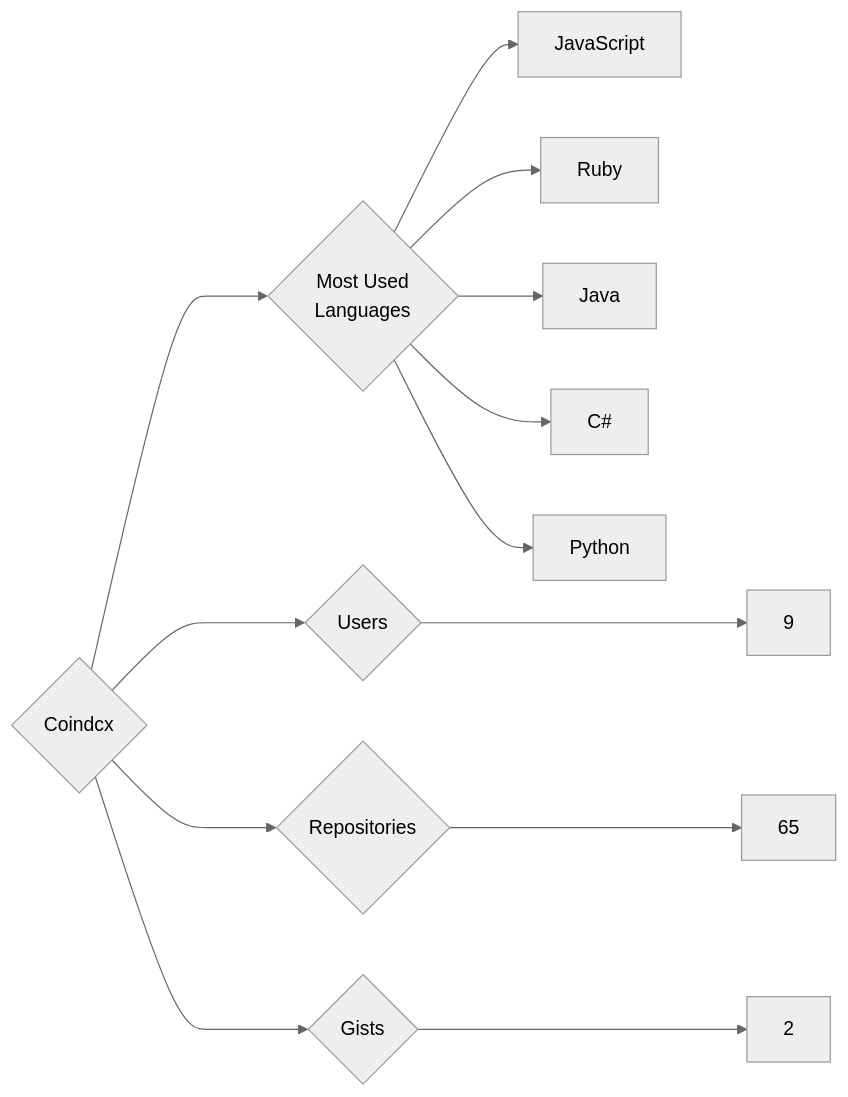
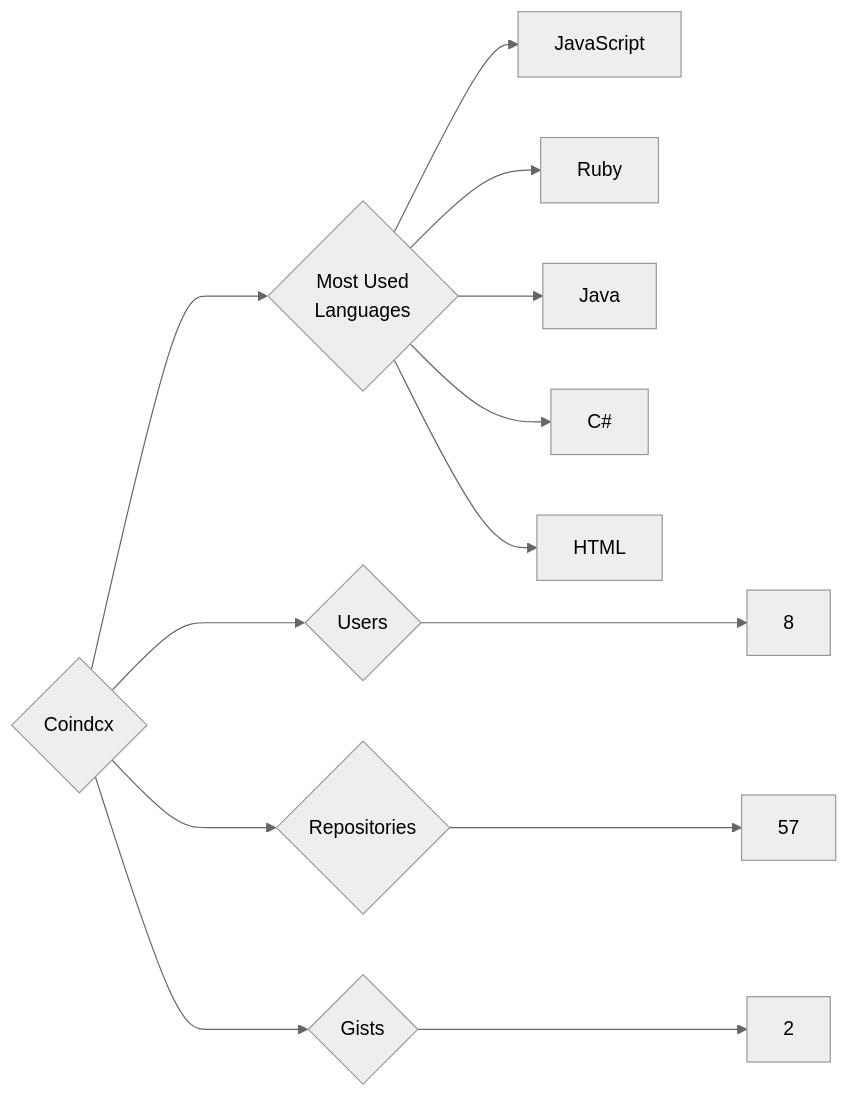
The diagram in targets/Coindcx/README.md (trickest/insiders), drawn with Mermaid (neutral theme) before and after one commit. The commit also changed 1020 other files, not shown here.

````diff
--- a/targets/Coindcx/README.md
+++ b/targets/Coindcx/README.md
@@ -3,13 +3,13 @@
 ```mermaid
 graph LR
 COMPANY_NAME{Coindcx}
-COMPANY_NAME ---> U{Users} ---> UN[9]
-COMPANY_NAME ---> R{Repositories} ---> RN[65]
+COMPANY_NAME ---> U{Users} ---> UN[8]
+COMPANY_NAME ---> R{Repositories} ---> RN[57]
 COMPANY_NAME ---> G{Gists} ---> GN[2]
 COMPANY_NAME ---> ML{Most Used<br>Languages}
 ML --> JavaScript[JavaScript]
 ML --> Ruby[Ruby]
 ML --> Java[Java]
 ML --> C#[C#]
-ML --> Python[Python]
+ML --> HTML[HTML]
 ```
````
